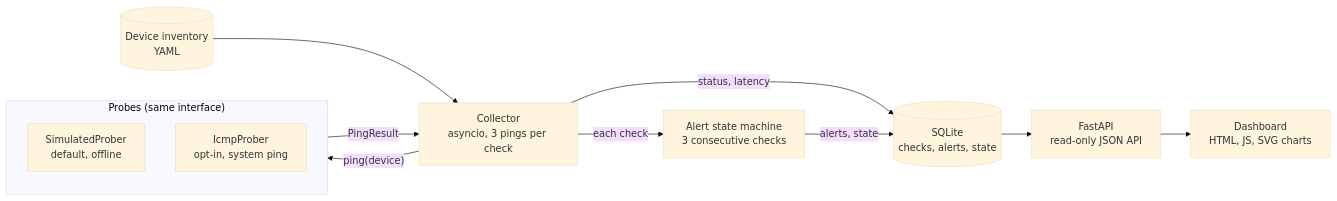
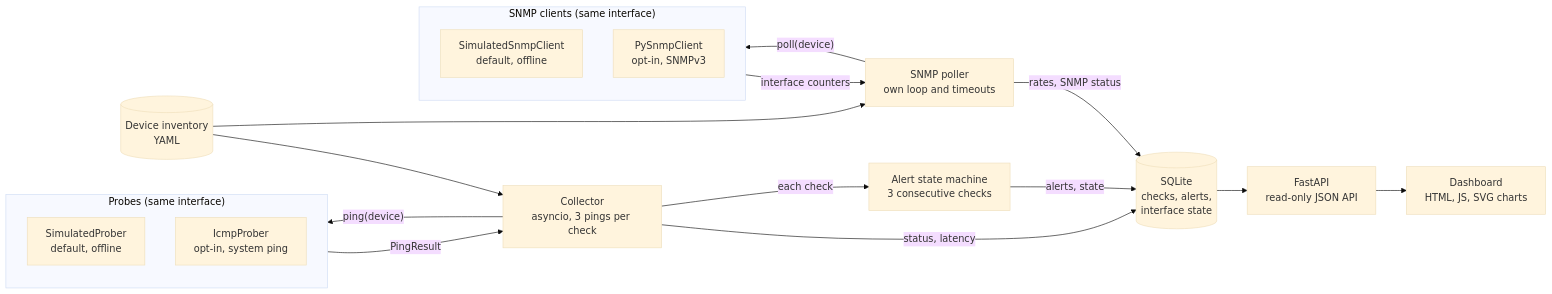
The diagram in README.md (ImLukeRT/NetMonLT-Network-Monitoring-Tool), drawn with Mermaid (base theme) before and after one commit. The commit also changed other lines of this file and 26 other files, not shown here.

First line of the commit message:
feat: add SNMPv3 interface monitoring and traffic statistics

````diff
--- a/README.md
+++ b/README.md
@@ -77,15 +84,23 @@
 ```mermaid
 flowchart LR
     inv[("Device inventory<br/>YAML")] --> col
     subgraph probes["Probes (same interface)"]
         sim["SimulatedProber<br/>default, offline"]
         icmp["IcmpProber<br/>opt-in, system ping"]
     end
+    inv --> snmp
+    subgraph snmpc["SNMP clients (same interface)"]
+        ssim["SimulatedSnmpClient<br/>default, offline"]
+        spy["PySnmpClient<br/>opt-in, SNMPv3"]
+    end
     col["Collector<br/>asyncio, 3 pings per check"] -->|"ping(device)"| probes
     probes -->|"PingResult"| col
-    col -->|"status, latency"| db[("SQLite<br/>checks, alerts, state")]
+    snmp["SNMP poller<br/>own loop and timeouts"] -->|"poll(device)"| snmpc
+    snmpc -->|"interface counters"| snmp
+    col -->|"status, latency"| db[("SQLite<br/>checks, alerts,<br/>interface state")]
     col -->|"each check"| alert["Alert state machine<br/>3 consecutive checks"]
     alert -->|"alerts, state"| db
+    snmp -->|"rates, SNMP status"| db
     db --> api["FastAPI<br/>read-only JSON API"]
     api --> ui["Dashboard<br/>HTML, JS, SVG charts"]
 ```
````
